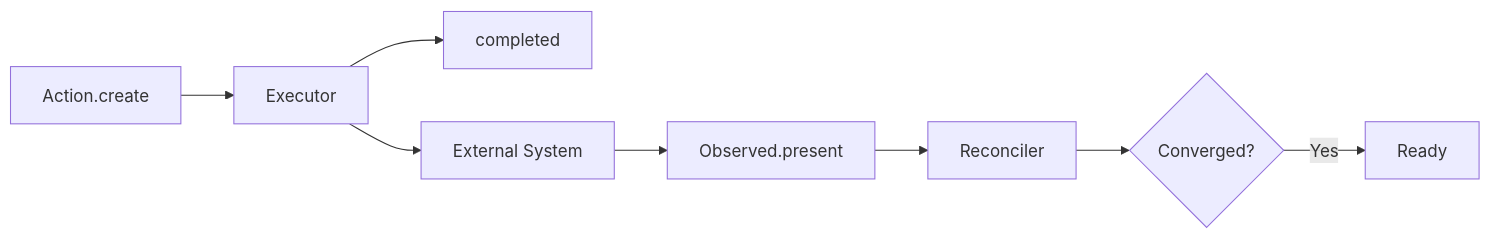
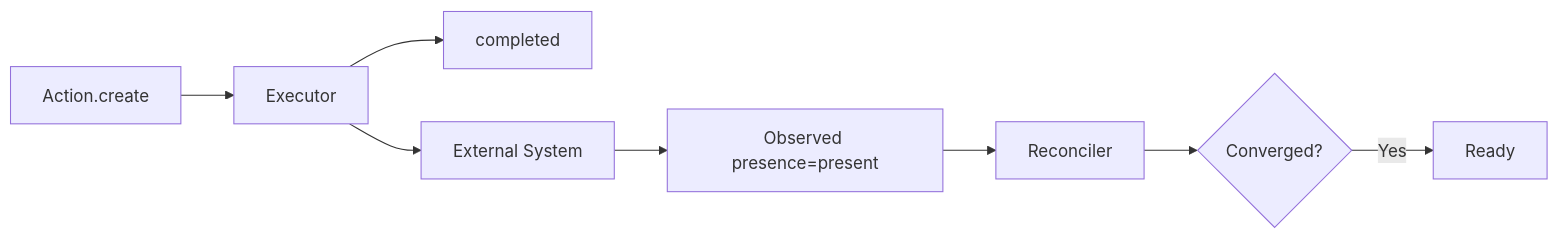
Before and after one commit to danielsabatini/smarkee: diagram 18 of 44 in docs/RESOURCE-CONTROL-LOOP.md, drawn with Mermaid. The commit also changed other lines of this file and 1 other file, not shown here.

````diff
--- a/docs/RESOURCE-CONTROL-LOOP.md
+++ b/docs/RESOURCE-CONTROL-LOOP.md
@@ -920,13 +920,13 @@
 ```mermaid
 flowchart LR
 
     A["Action.create"] --> E["Executor"]
     E --> C["completed"]
     E --> X["External System"]
-    X --> O["Observed.present"]
+    X --> O["Observed presence=present"]
 
     O --> R["Reconciler"]
 
     R --> V{"Converged?"}
     V -->|Yes| Ready["Ready"]
 ```
````
